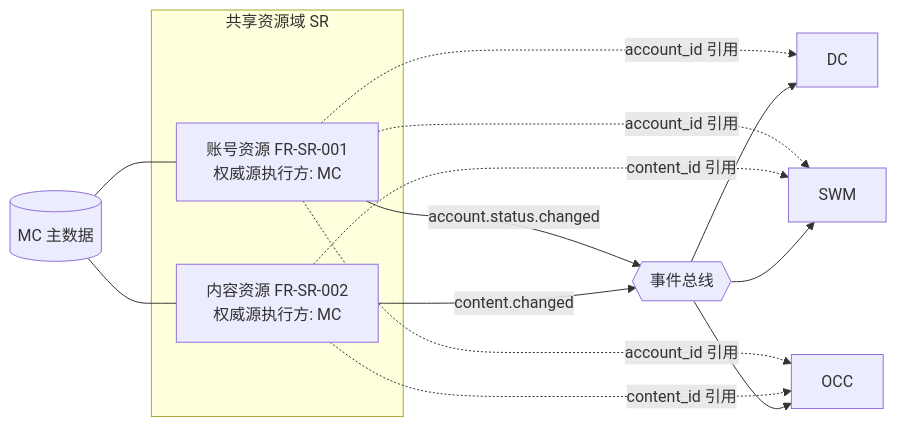
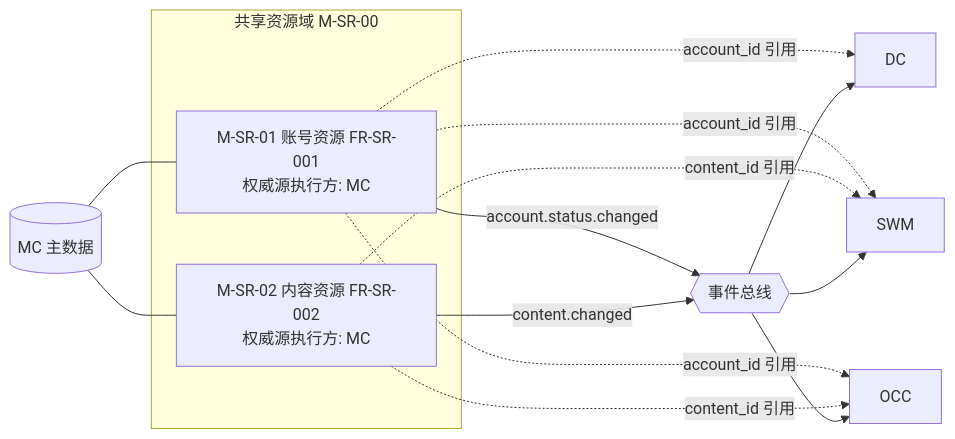
One commit to Sj-g/obsidian changed diagram 13 of 13 in 公司项目/认知作战/文档/软件概要设计说明.md. Above: the diagram before and after it, drawn with Mermaid. The commit also changed other lines of this file, not shown here.

````diff
--- a/公司项目/认知作战/文档/软件概要设计说明.md
+++ b/公司项目/认知作战/文档/软件概要设计说明.md
@@ -555,13 +557,13 @@
 ```mermaid
 flowchart LR
-    subgraph SR["共享资源域 SR"]
-        SR1["账号资源 FR-SR-001<br/>权威源执行方: MC"]
-        SR2["内容资源 FR-SR-002<br/>权威源执行方: MC"]
+    subgraph SR["共享资源域 M-SR-00"]
+        SR1["M-SR-01 账号资源 FR-SR-001<br/>权威源执行方: MC"]
+        SR2["M-SR-02 内容资源 FR-SR-002<br/>权威源执行方: MC"]
     end
     MC[("MC 主数据")] --- SR1 & SR2
     SR1 -.->|"account_id 引用"| DC & SWM & OCC
     SR2 -.->|"content_id 引用"| SWM & OCC
     SR1 -->|"account.status.changed"| BUS{{"事件总线"}}
     SR2 -->|"content.changed"| BUS
     BUS --> DC & SWM & OCC
 ```
````
